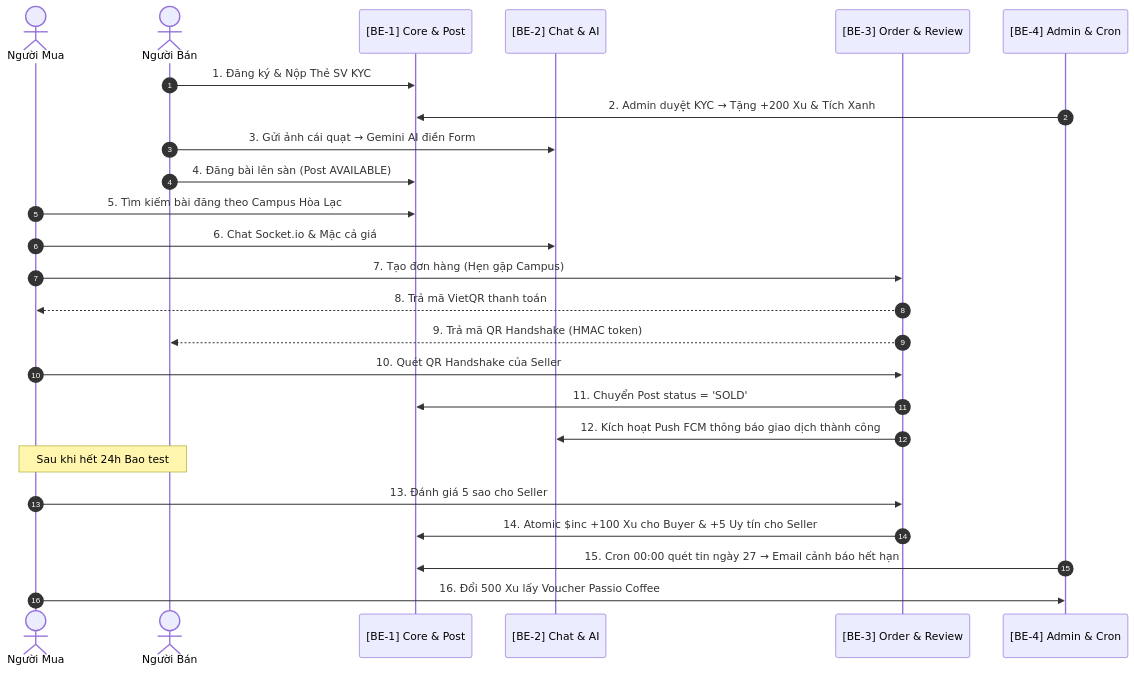
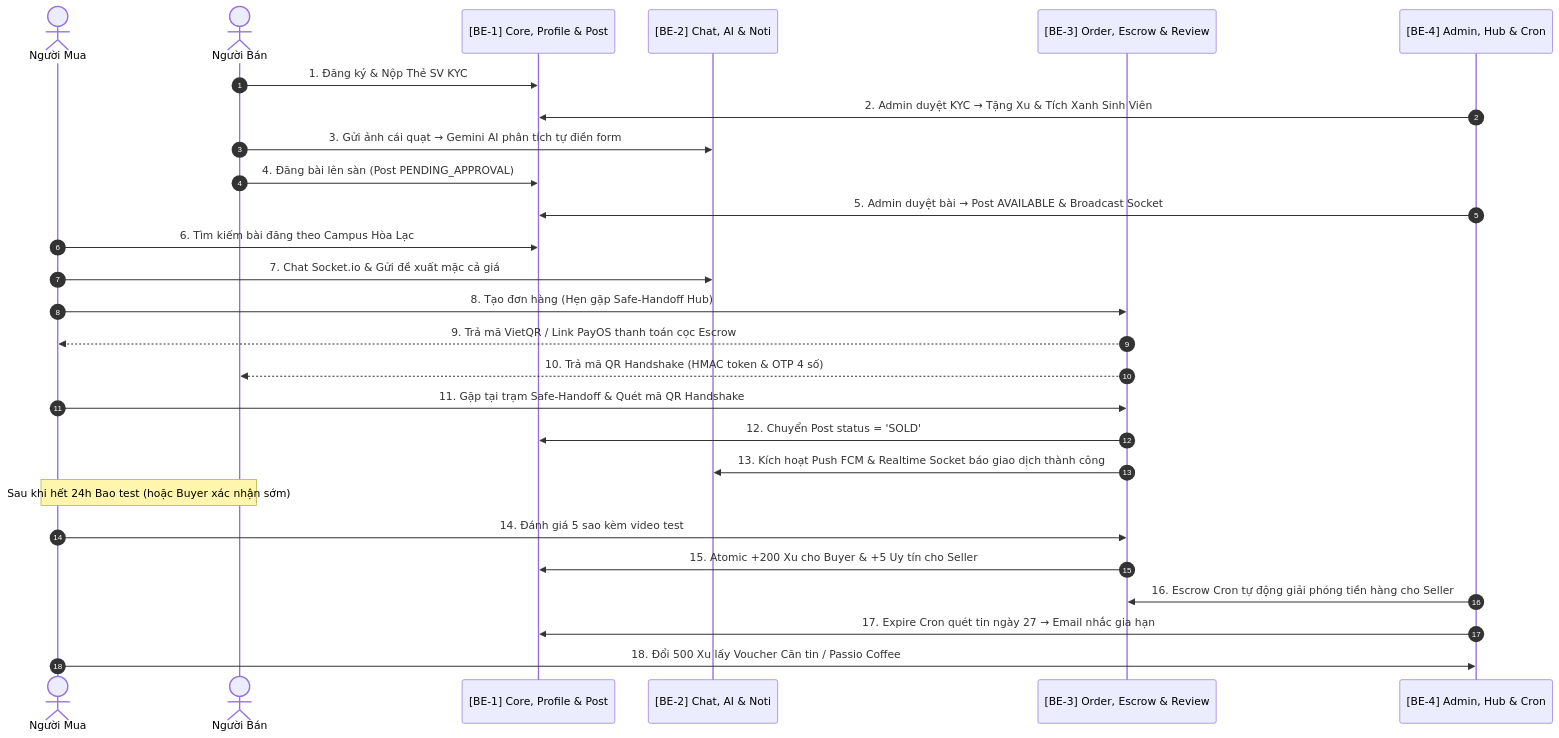
Before and after one commit to phongnha230/Market_FU: the diagram in task.md, drawn with Mermaid. The commit also changed other lines of this file and 11 other files, not shown here.

````diff
--- a/task.md
+++ b/task.md
@@ -222,28 +278,30 @@
 ```mermaid
 sequenceDiagram
     autonumber
     actor Buyer as Người Mua
     actor Seller as Người Bán
-    participant BE1 as [BE-1] Core & Post
-    participant BE2 as [BE-2] Chat & AI
-    participant BE3 as [BE-3] Order & Review
-    participant BE4 as [BE-4] Admin & Cron
+    participant BE1 as [BE-1] Core, Profile & Post
+    participant BE2 as [BE-2] Chat, AI & Noti
+    participant BE3 as [BE-3] Order, Escrow & Review
+    participant BE4 as [BE-4] Admin, Hub & Cron
 
     Seller->>BE1: 1. Đăng ký & Nộp Thẻ SV KYC
-    BE4->>BE1: 2. Admin duyệt KYC → Tặng +200 Xu & Tích Xanh
-    Seller->>BE2: 3. Gửi ảnh cái quạt → Gemini AI điền Form
-    Seller->>BE1: 4. Đăng bài lên sàn (Post AVAILABLE)
-    Buyer->>BE1: 5. Tìm kiếm bài đăng theo Campus Hòa Lạc
-    Buyer->>BE2: 6. Chat Socket.io & Mặc cả giá
-    Buyer->>BE3: 7. Tạo đơn hàng (Hẹn gặp Campus)
-    BE3-->>Buyer: 8. Trả mã VietQR thanh toán
-    BE3-->>Seller: 9. Trả mã QR Handshake (HMAC token)
-    Buyer->>BE3: 10. Quét QR Handshake của Seller
-    BE3->>BE1: 11. Chuyển Post status = 'SOLD'
-    BE3->>BE2: 12. Kích hoạt Push FCM thông báo giao dịch thành công
-    Note over Buyer,Seller: Sau khi hết 24h Bao test
-    Buyer->>BE3: 13. Đánh giá 5 sao cho Seller
-    BE3->>BE1: 14. Atomic $inc +100 Xu cho Buyer & +5 Uy tín cho Seller
-    BE4->>BE1: 15. Cron 00:00 quét tin ngày 27 → Email cảnh báo hết hạn
-    Buyer->>BE4: 16. Đổi 500 Xu lấy Voucher Passio Coffee
+    BE4->>BE1: 2. Admin duyệt KYC → Tặng Xu & Tích Xanh Sinh Viên
+    Seller->>BE2: 3. Gửi ảnh cái quạt → Gemini AI phân tích tự điền form
+    Seller->>BE1: 4. Đăng bài lên sàn (Post PENDING_APPROVAL)
+    BE4->>BE1: 5. Admin duyệt bài → Post AVAILABLE & Broadcast Socket
+    Buyer->>BE1: 6. Tìm kiếm bài đăng theo Campus Hòa Lạc
+    Buyer->>BE2: 7. Chat Socket.io & Gửi đề xuất mặc cả giá
+    Buyer->>BE3: 8. Tạo đơn hàng (Hẹn gặp Safe-Handoff Hub)
+    BE3-->>Buyer: 9. Trả mã VietQR / Link PayOS thanh toán cọc Escrow
+    BE3-->>Seller: 10. Trả mã QR Handshake (HMAC token & OTP 4 số)
+    Buyer->>BE3: 11. Gặp tại trạm Safe-Handoff & Quét mã QR Handshake
+    BE3->>BE1: 12. Chuyển Post status = 'SOLD'
+    BE3->>BE2: 13. Kích hoạt Push FCM & Realtime Socket báo giao dịch thành công
+    Note over Buyer,Seller: Sau khi hết 24h Bao test (hoặc Buyer xác nhận sớm)
+    Buyer->>BE3: 14. Đánh giá 5 sao kèm video test
+    BE3->>BE1: 15. Atomic +200 Xu cho Buyer & +5 Uy tín cho Seller
+    BE4->>BE3: 16. Escrow Cron tự động giải phóng tiền hàng cho Seller
+    BE4->>BE1: 17. Expire Cron quét tin ngày 27 → Email nhắc gia hạn
+    Buyer->>BE4: 18. Đổi 500 Xu lấy Voucher Căn tin / Passio Coffee
 ```
````
